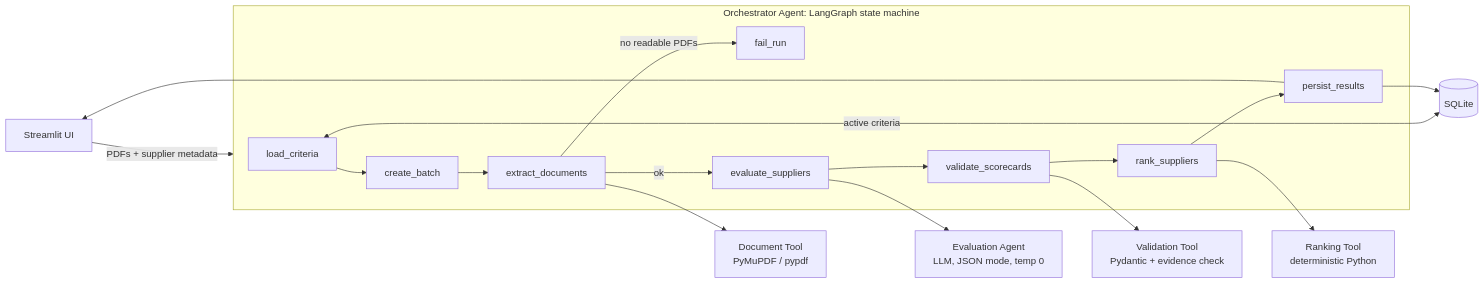
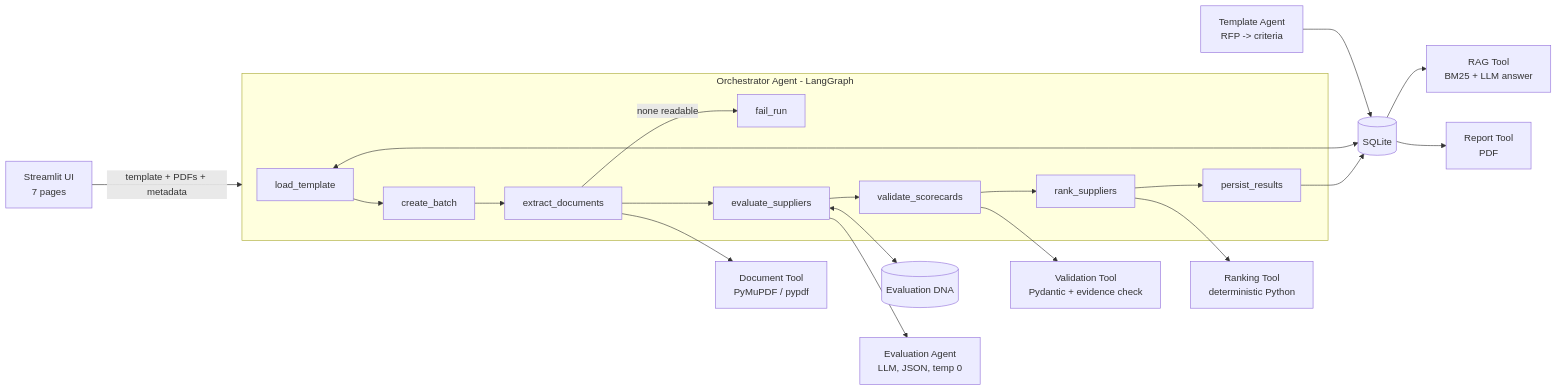
Before and after one commit to 123amyteresajosephAIExpert/rfp-evaluator: the diagram in README.md, drawn with Mermaid. The commit also changed other lines of this file and 80 other files, not shown here.

Commit message:
v2: template-first criteria, prompt versioning, peer and industry benchmarks, evaluation DNA, RAG Q&A, overrides, PDF report, multi-page UI

````diff
--- a/README.md
+++ b/README.md
@@ -28,16 +39,19 @@
 ```mermaid
 flowchart LR
-    UI[Streamlit UI] -->|PDFs + supplier metadata| ORCH
-    subgraph ORCH[Orchestrator Agent: LangGraph state machine]
-        A[load_criteria] --> B[create_batch] --> C[extract_documents]
-        C -->|no readable PDFs| F[fail_run]
-        C -->|ok| D[evaluate_suppliers] --> E[validate_scorecards] --> G[rank_suppliers] --> H[persist_results]
+    UI[Streamlit UI<br/>7 pages] -->|template + PDFs + metadata| ORCH
+    subgraph ORCH[Orchestrator Agent - LangGraph]
+        A[load_template] --> B[create_batch] --> C[extract_documents]
+        C -->|none readable| F[fail_run]
+        C --> D[evaluate_suppliers] --> E[validate_scorecards] --> G[rank_suppliers] --> H[persist_results]
     end
-    A <-->|active criteria| DB[(SQLite)]
+    T[Template Agent<br/>RFP -> criteria] --> DB
+    A <--> DB[(SQLite)]
     C --> DT[Document Tool<br/>PyMuPDF / pypdf]
-    D --> EA[Evaluation Agent<br/>LLM, JSON mode, temp 0]
+    D <--> DNA[(Evaluation DNA)]
+    D --> EA[Evaluation Agent<br/>LLM, JSON, temp 0]
     E --> VT[Validation Tool<br/>Pydantic + evidence check]
     G --> RT[Ranking Tool<br/>deterministic Python]
     H --> DB
-    H --> UI
+    DB --> Q[RAG Tool<br/>BM25 + LLM answer]
+    DB --> R[Report Tool<br/>PDF]
 ```
````
